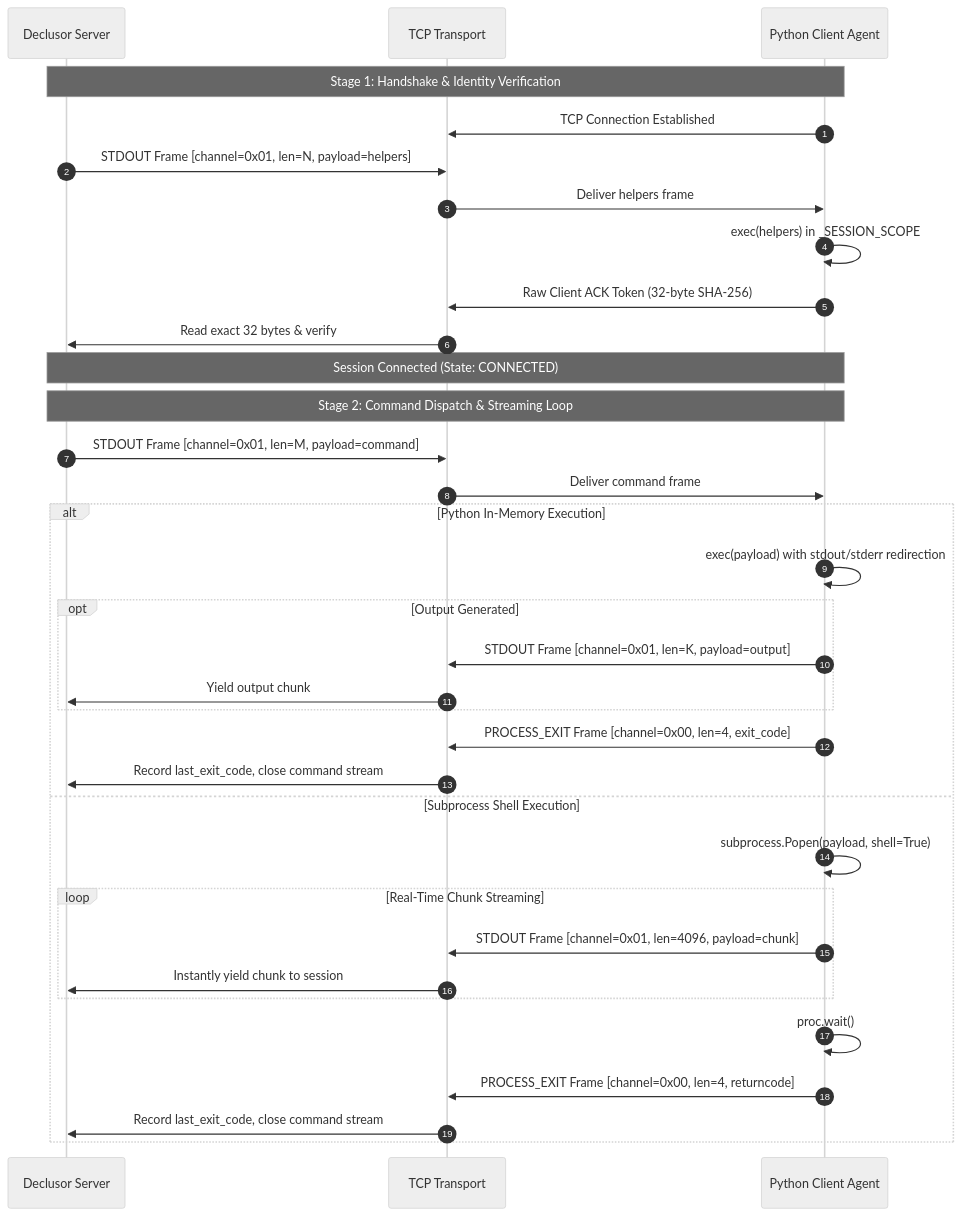
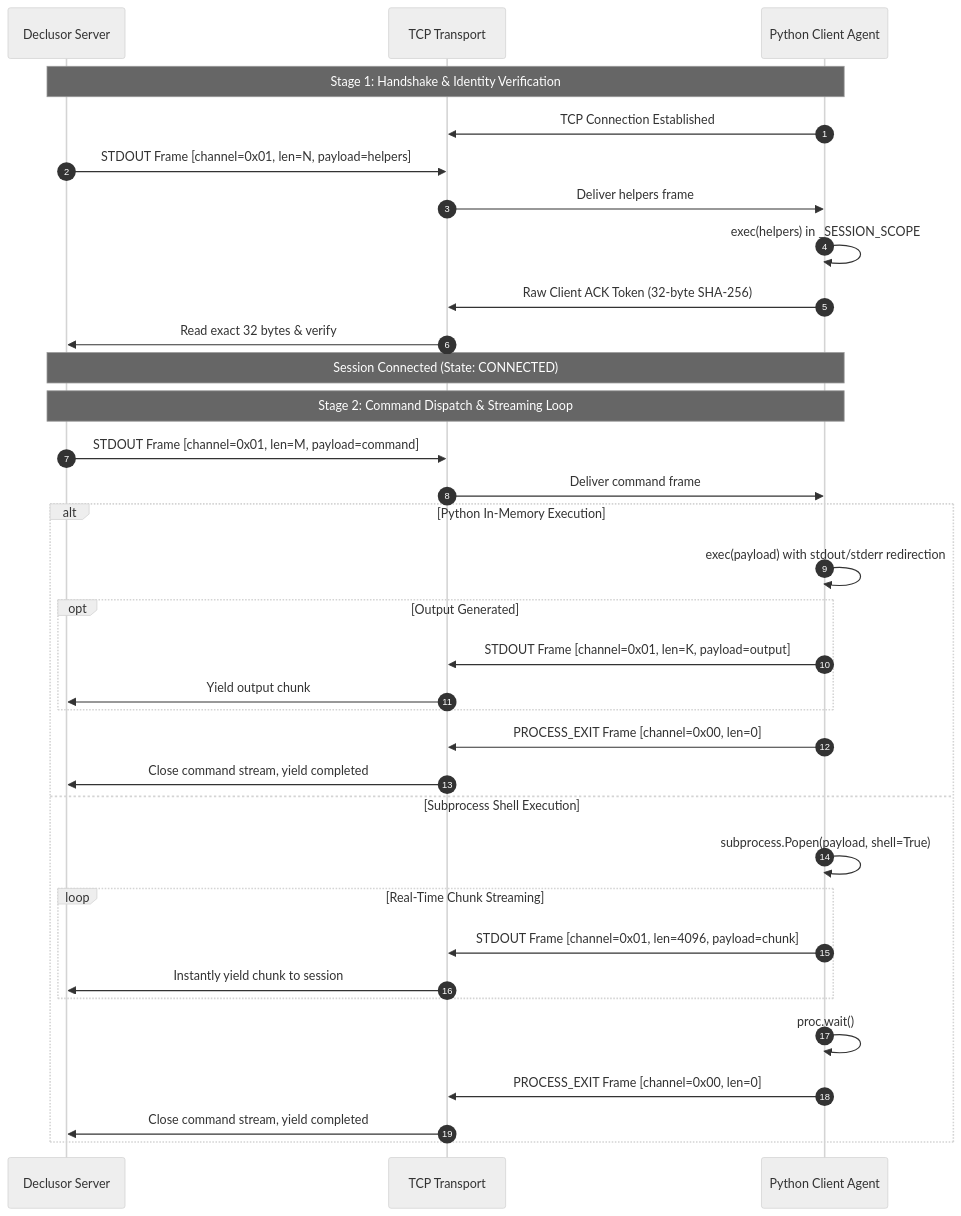
The diagram in plugins/py_socket/PROTOCOL.md (othon-hugo/declusor), drawn with Mermaid (neutral theme) before and after one commit. The commit also changed other lines of this file and 9 other files, not shown here.

````diff
--- a/plugins/py_socket/PROTOCOL.md
+++ b/plugins/py_socket/PROTOCOL.md
@@ -50,39 +50,39 @@
 ```mermaid
 sequenceDiagram
     autonumber
     participant Server as Declusor Server
     participant Transport as TCP Transport
     participant Client as Python Client Agent
 
     Note over Server,Client: Stage 1: Handshake & Identity Verification
     Client->>Transport: TCP Connection Established
     Server->>Transport: STDOUT Frame [channel=0x01, len=N, payload=helpers]
     Transport->>Client: Deliver helpers frame
     Client->>Client: exec(helpers) in _SESSION_SCOPE
     Client->>Transport: Raw Client ACK Token (32-byte SHA-256)
     Transport->>Server: Read exact 32 bytes & verify
     Note over Server,Client: Session Connected (State: CONNECTED)
 
     Note over Server,Client: Stage 2: Command Dispatch & Streaming Loop
     Server->>Transport: STDOUT Frame [channel=0x01, len=M, payload=command]
     Transport->>Client: Deliver command frame
 
     alt Python In-Memory Execution
         Client->>Client: exec(payload) with stdout/stderr redirection
         opt Output Generated
             Client->>Transport: STDOUT Frame [channel=0x01, len=K, payload=output]
             Transport->>Server: Yield output chunk
         end
-        Client->>Transport: PROCESS_EXIT Frame [channel=0x00, len=4, exit_code]
-        Transport->>Server: Record last_exit_code, close command stream
+        Client->>Transport: PROCESS_EXIT Frame [channel=0x00, len=0]
+        Transport->>Server: Close command stream, yield completed
     else Subprocess Shell Execution
         Client->>Client: subprocess.Popen(payload, shell=True)
         loop Real-Time Chunk Streaming
             Client->>Transport: STDOUT Frame [channel=0x01, len=4096, payload=chunk]
             Transport->>Server: Instantly yield chunk to session
         end
         Client->>Client: proc.wait()
-        Client->>Transport: PROCESS_EXIT Frame [channel=0x00, len=4, returncode]
-        Transport->>Server: Record last_exit_code, close command stream
+        Client->>Transport: PROCESS_EXIT Frame [channel=0x00, len=0]
+        Transport->>Server: Close command stream, yield completed
     end
 ```
````
